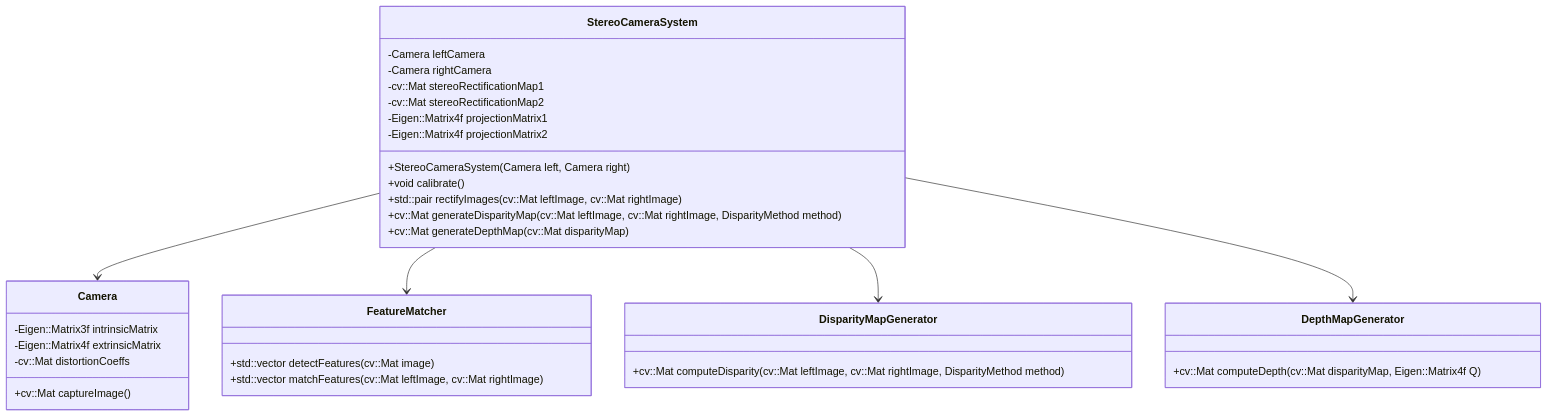
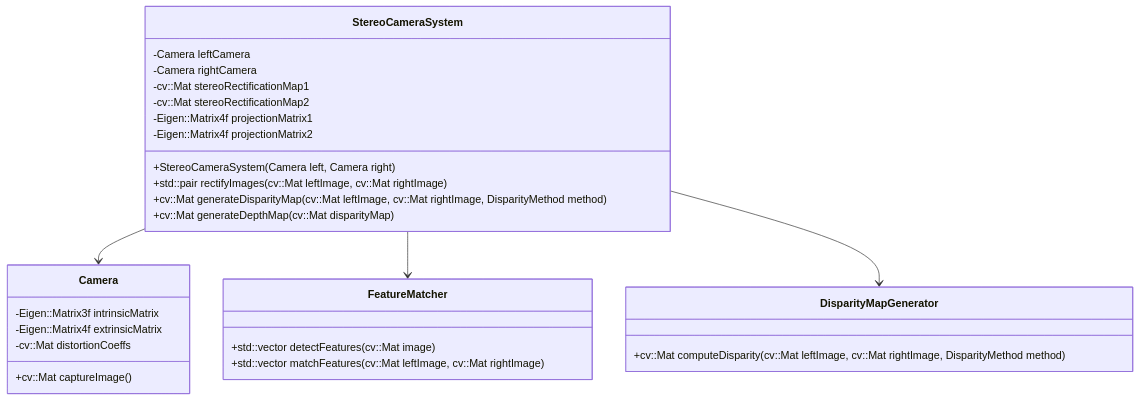
Before and after one commit to Blattvorhang/Stereo-Camera-and-3D-Point-Cloud: the diagram in README.md, drawn with Mermaid. The commit also changed other lines of this file, not shown here.

````diff
--- a/README.md
+++ b/README.md
@@ -49,41 +52,35 @@
 ```mermaid
 classDiagram
     class Camera {
         -Eigen::Matrix3f intrinsicMatrix
         -Eigen::Matrix4f extrinsicMatrix
         -cv::Mat distortionCoeffs
         +cv::Mat captureImage()
     }
 
     class StereoCameraSystem {
         -Camera leftCamera
         -Camera rightCamera
         -cv::Mat stereoRectificationMap1
         -cv::Mat stereoRectificationMap2
         -Eigen::Matrix4f projectionMatrix1
         -Eigen::Matrix4f projectionMatrix2
         +StereoCameraSystem(Camera left, Camera right)
-        +void calibrate()
         +std::pair<cv::Mat, cv::Mat> rectifyImages(cv::Mat leftImage, cv::Mat rightImage)
         +cv::Mat generateDisparityMap(cv::Mat leftImage, cv::Mat rightImage, DisparityMethod method)
         +cv::Mat generateDepthMap(cv::Mat disparityMap)
     }
 
     class FeatureMatcher {
         +std::vector<cv::KeyPoint> detectFeatures(cv::Mat image)
         +std::vector<cv::DMatch> matchFeatures(cv::Mat leftImage, cv::Mat rightImage)
     }
 
     class DisparityMapGenerator {
         +cv::Mat computeDisparity(cv::Mat leftImage, cv::Mat rightImage, DisparityMethod method)
     }
 
-    class DepthMapGenerator {
-        +cv::Mat computeDepth(cv::Mat disparityMap, Eigen::Matrix4f Q)
-    }
-
     StereoCameraSystem --> Camera
     StereoCameraSystem --> FeatureMatcher
     StereoCameraSystem --> DisparityMapGenerator
-    StereoCameraSystem --> DepthMapGenerator
 ```
````
